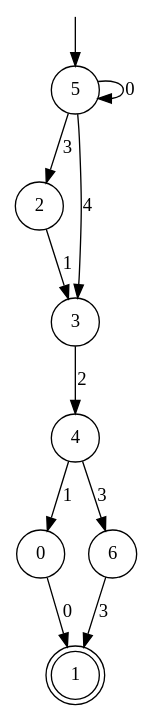
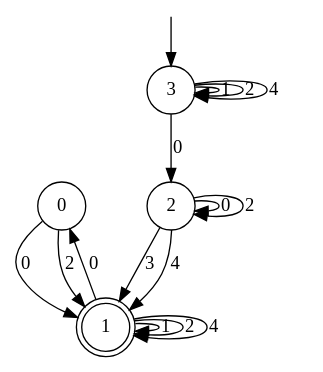
The diagram in automaton_to_regex/automaton.dot (xinqin23/ShapeIt), drawn with Graphviz before and after one commit. The commit also changed 5 other files, not shown here.

```diff
--- a/automaton_to_regex/automaton.dot
+++ b/automaton_to_regex/automaton.dot
@@ -1,23 +1,25 @@
 digraph g {
 
 	s0 [shape="circle" label="0"];
 	s1 [shape="doublecircle" label="1"];
 	s2 [shape="circle" label="2"];
 	s3 [shape="circle" label="3"];
-	s4 [shape="circle" label="4"];
-	s5 [shape="circle" label="5"];
-	s6 [shape="circle" label="6"];
 	s0 -> s1 [label="0"];
-	s2 -> s3 [label="1"];
-	s3 -> s4 [label="2"];
-	s4 -> s0 [label="1"];
-	s4 -> s6 [label="3"];
-	s5 -> s5 [label="0"];
-	s5 -> s2 [label="3"];
-	s5 -> s3 [label="4"];
-	s6 -> s1 [label="3"];
+	s0 -> s1 [label="2"];
+	s1 -> s0 [label="0"];
+	s1 -> s1 [label="1"];
+	s1 -> s1 [label="2"];
+	s1 -> s1 [label="4"];
+	s2 -> s2 [label="0"];
+	s2 -> s2 [label="2"];
+	s2 -> s1 [label="3"];
+	s2 -> s1 [label="4"];
+	s3 -> s2 [label="0"];
+	s3 -> s3 [label="1"];
+	s3 -> s3 [label="2"];
+	s3 -> s3 [label="4"];
 
 __start0 [label="" shape="none" width="0" height="0"];
-__start0 -> s5;
+__start0 -> s3;
 
 }
```
